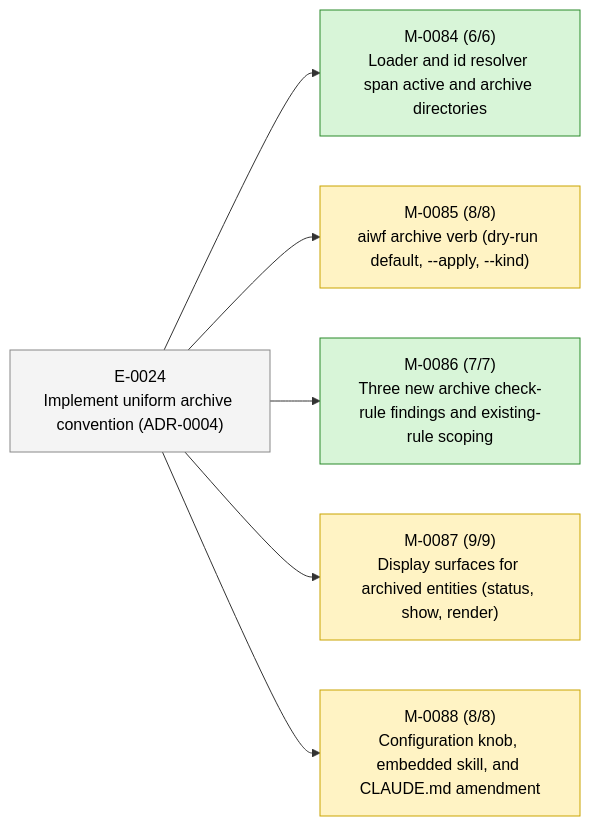
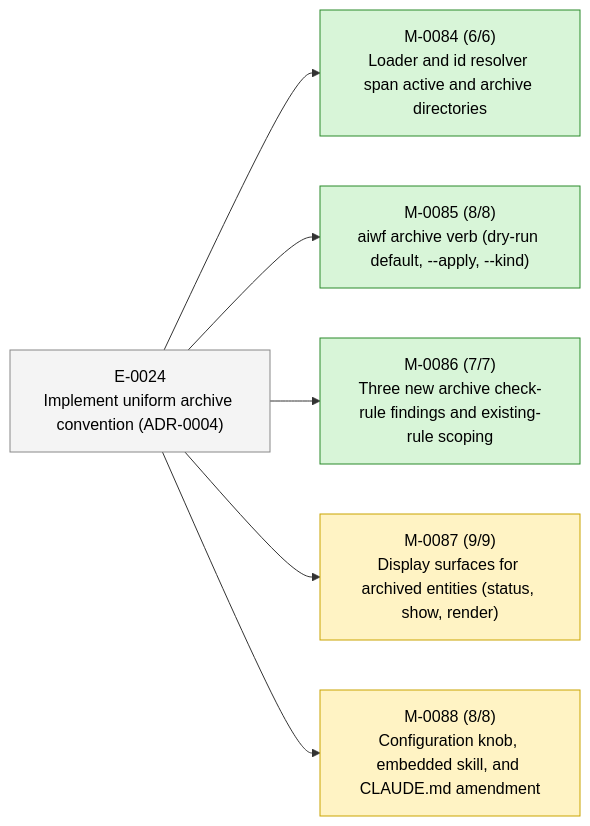
Before and after one commit to 23min/aiwf: the second of 2 diagrams in STATUS.md, drawn with Mermaid. The commit also changed other lines of this file and 1 other file, not shown here.

First line of the commit message:
aiwf promote M-0085 in_progress -> done

````diff
--- a/STATUS.md
+++ b/STATUS.md
@@ -49,20 +49,20 @@
 ```mermaid
 flowchart LR
   E_0024["E-0024<br/>Implement uniform archive convention (ADR-0004)"]:::epic_proposed
   M_0084["M-0084 (6/6)<br/>Loader and id resolver span active and archive directories"]:::ms_done
   E_0024 --> M_0084
-  M_0085["M-0085 (8/8)<br/>aiwf archive verb (dry-run default, --apply, --kind)"]:::ms_in_progress
+  M_0085["M-0085 (8/8)<br/>aiwf archive verb (dry-run default, --apply, --kind)"]:::ms_done
   E_0024 --> M_0085
   M_0086["M-0086 (7/7)<br/>Three new archive check-rule findings and existing-rule scoping"]:::ms_done
   E_0024 --> M_0086
   M_0087["M-0087 (9/9)<br/>Display surfaces for archived entities (status, show, render)"]:::ms_in_progress
   E_0024 --> M_0087
   M_0088["M-0088 (8/8)<br/>Configuration knob, embedded skill, and CLAUDE.md amendment"]:::ms_in_progress
   E_0024 --> M_0088
   classDef epic_active fill:#d6eaff,stroke:#1a73e8,color:#000
   classDef epic_proposed fill:#f4f4f4,stroke:#888,color:#000
   classDef ms_done fill:#d8f5d8,stroke:#2a8a2a,color:#000
   classDef ms_in_progress fill:#fff3c4,stroke:#caa400,color:#000
   classDef ms_draft fill:#f4f4f4,stroke:#888,color:#000
   classDef ms_cancelled fill:#fbeaea,stroke:#c33,color:#000
 ```
````
